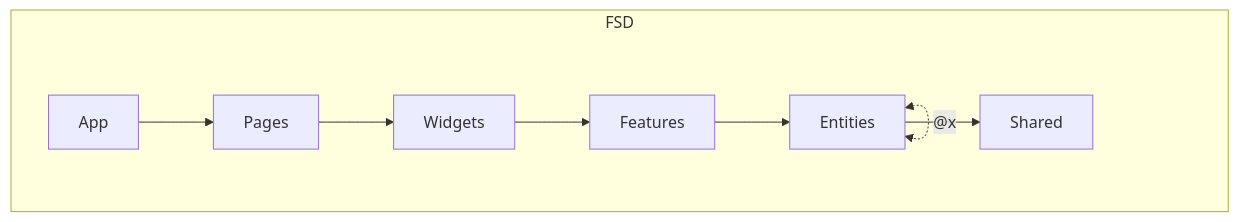
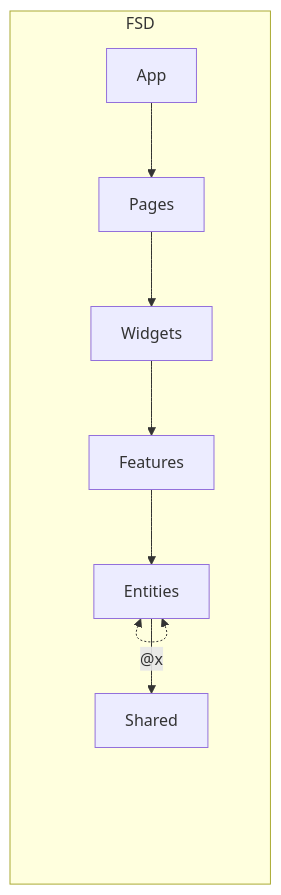
Before and after one commit to Philian73/easy-trello: the diagram in README.md, drawn with Mermaid.

Commit message:
Update README.md - flowchart 'TB' to 'LR'

````diff
--- a/README.md
+++ b/README.md
@@ -40,6 +40,6 @@
 ```mermaid
-flowchart TB
+flowchart LR
     subgraph fsd [FSD]
     App --> Pages --> Widgets --> Features --> Entities <-. @x .-> Entities --> Shared
     end
 ```
````
